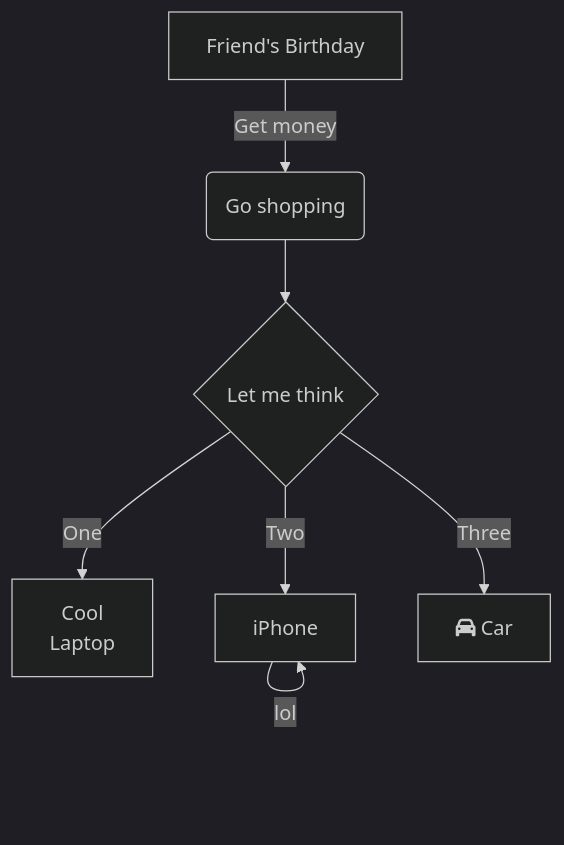
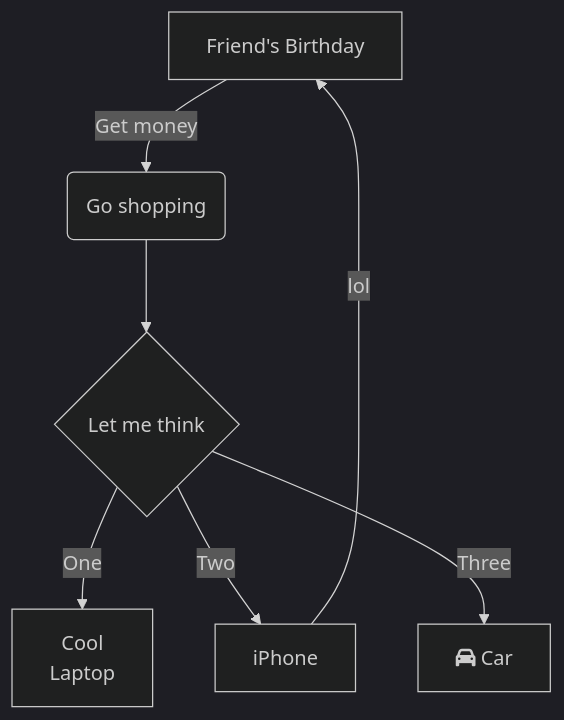
Before and after one commit to azadecon/codes: the diagram in diag.mmd, drawn with Mermaid (dark theme).

```diff
--- a/diag.mmd
+++ b/diag.mmd
@@ -1,7 +1,7 @@
 graph TD
     A[Friend's Birthday] -->|Get money| B(Go shopping)
     B --> C{Let me think}
     C -->|One| D["Cool <br> Laptop"]
     C -->|Two| E[iPhone]
     C -->|Three| F[fa:fa-car Car]
-    E -->|lol| E
+    E -->|lol| A
```
